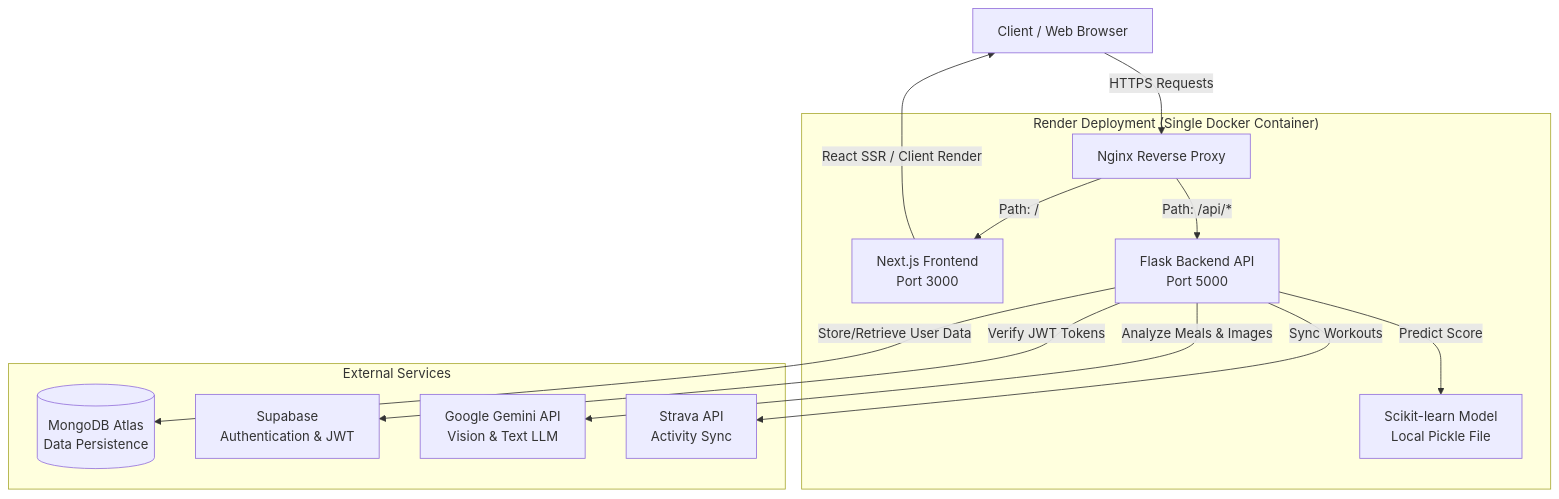
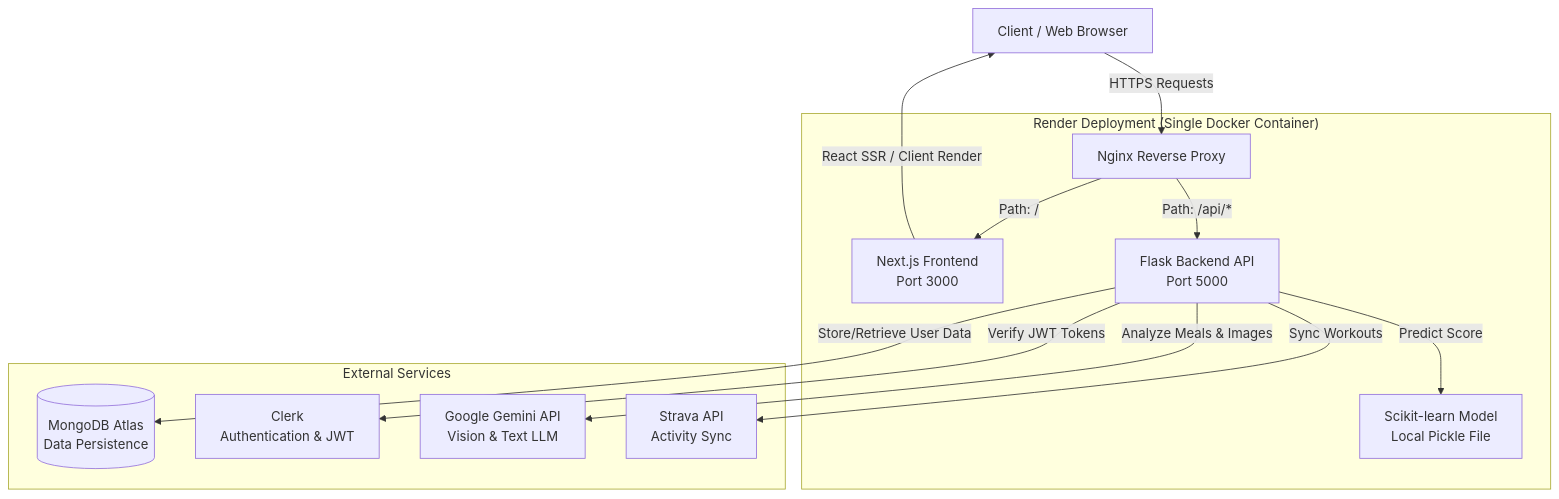
Before and after one commit to Mzuhaibkhan/Nutritrac: the diagram in README.md, drawn with Mermaid. The commit also changed other lines of this file, not shown here.

Commit message:
docs(readme): update system architecture diagrams and deployment instructions for Clerk

````diff
--- a/README.md
+++ b/README.md
@@ -9,29 +9,29 @@
 ```mermaid
 flowchart TD
     Client[Client / Web Browser]
     
     subgraph Render["Render Deployment (Single Docker Container)"]
         Nginx[Nginx Reverse Proxy]
         NextJS[Next.js Frontend\nPort 3000]
         Flask[Flask Backend API\nPort 5000]
         ML[Scikit-learn Model\nLocal Pickle File]
     end
     
     subgraph External["External Services"]
         MongoDB[(MongoDB Atlas\nData Persistence)]
-        Supabase[Supabase\nAuthentication & JWT]
+        Clerk[Clerk\nAuthentication & JWT]
         Gemini[Google Gemini API\nVision & Text LLM]
         Strava[Strava API\nActivity Sync]
     end
 
     Client -- "HTTPS Requests" --> Nginx
     Nginx -- "Path: /" --> NextJS
     Nginx -- "Path: /api/*" --> Flask
     NextJS -- "React SSR / Client Render" --> Client
     Flask -- "Predict Score" --> ML
     
     Flask -- "Store/Retrieve User Data" --> MongoDB
-    Flask -- "Verify JWT Tokens" --> Supabase
+    Flask -- "Verify JWT Tokens" --> Clerk
     Flask -- "Analyze Meals & Images" --> Gemini
     Flask -- "Sync Workouts" --> Strava
 ```
````
